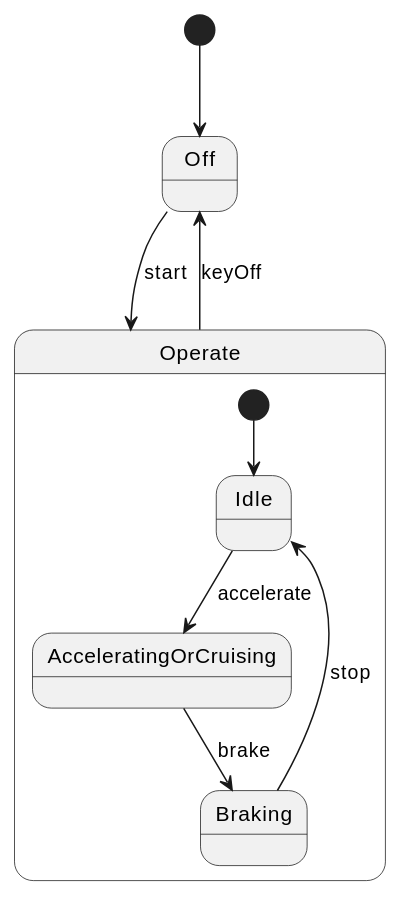
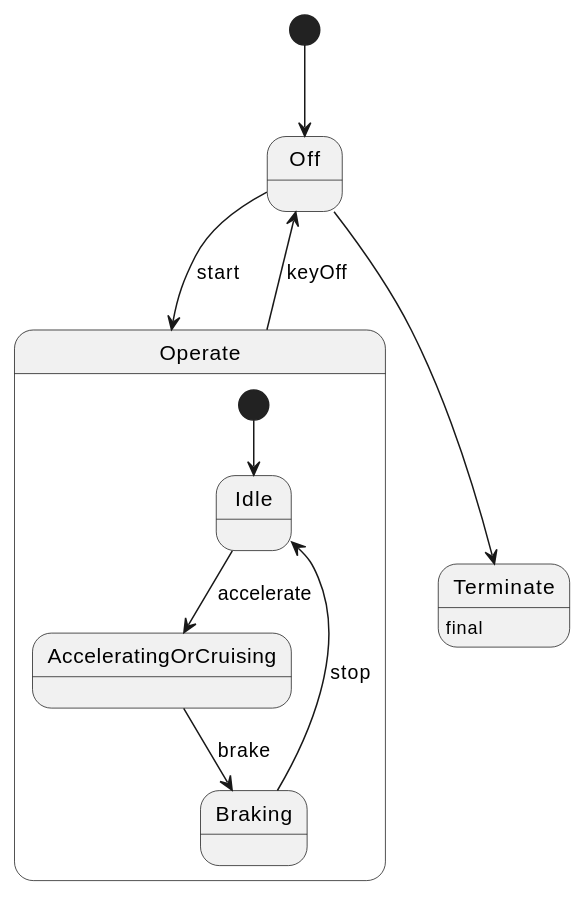
Before and after one commit to HansBug/research_ideas: the diagram in project_1_llm_state_machine_modeling/paper_stm_repair/pipeline/representation/reports/llms_emp_r45_java_60/pairs/0012/README.md, drawn with PlantUML. The commit also changed other lines of this file and 622 other files, not shown here.

First line of the commit message:
fix(paper1): 切换Phase-II最终池并重建PlantUML转换证据

````diff
--- a/project_1_llm_state_machine_modeling/paper_stm_repair/pipeline/representation/reports/llms_emp_r45_java_60/pairs/0012/README.md
+++ b/project_1_llm_state_machine_modeling/paper_stm_repair/pipeline/representation/reports/llms_emp_r45_java_60/pairs/0012/README.md
@@ -27,13 +75,15 @@
 ```plantuml
 @startuml
 [*] --> Off
 Off --> Operate : start
 state Operate {
 [*] --> Idle
 Idle --> AcceleratingOrCruising : accelerate
 AcceleratingOrCruising --> Braking : brake
 Braking --> Idle : stop
 }
 Operate --> Off : keyOff
+Off --> Terminate
+Terminate : final
 @enduml
 ```
````
